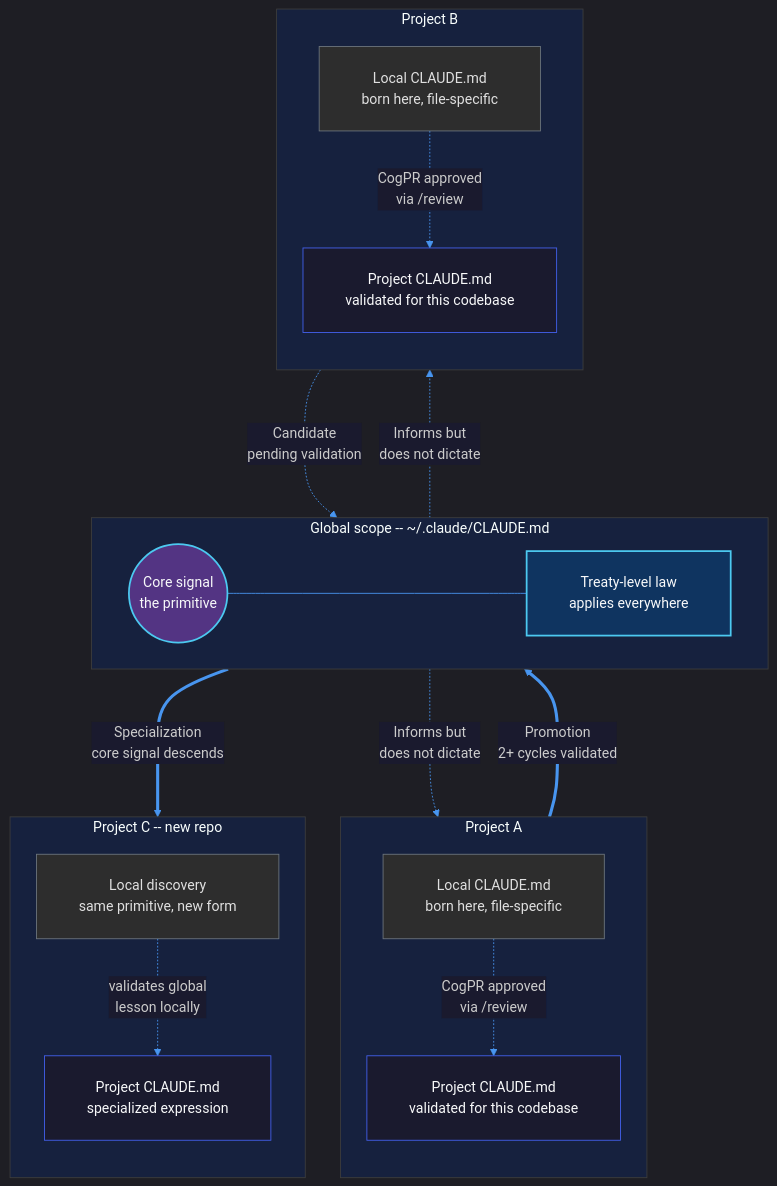
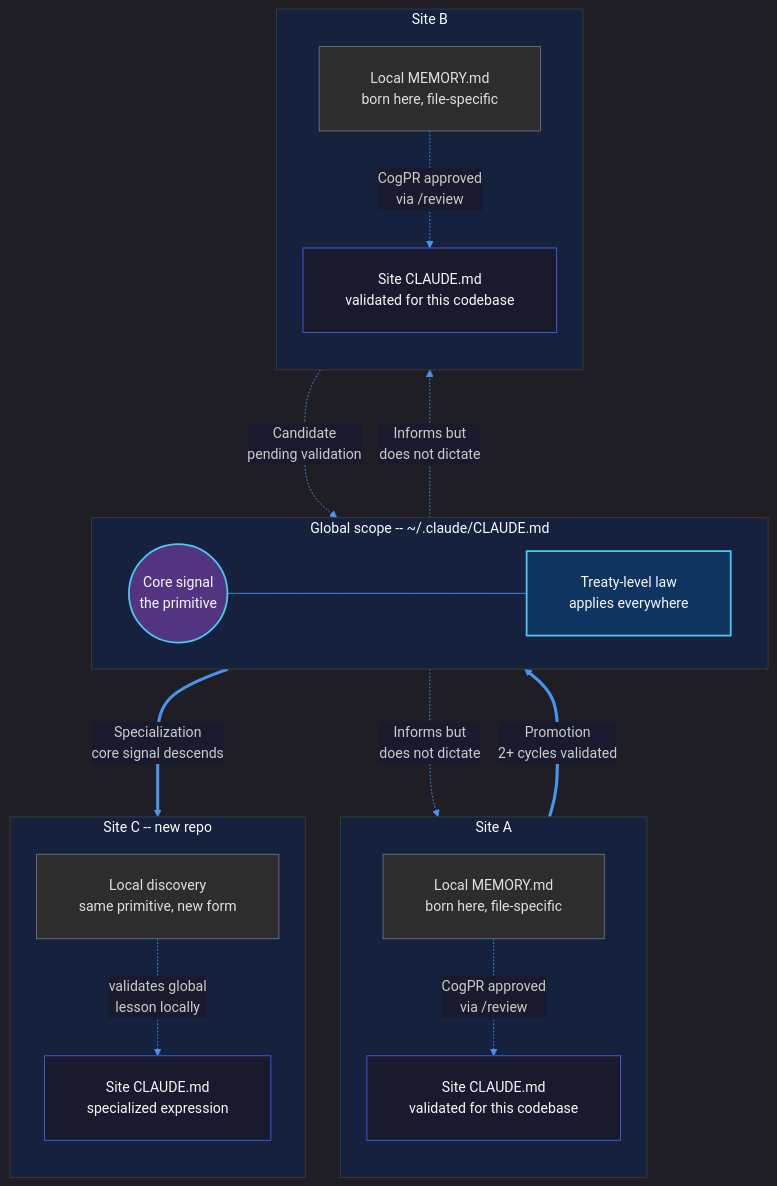
One commit to prompted365/context-grapple-gun changed the second of 3 diagrams in README.md. Above: the diagram before and after it, drawn with Mermaid. The commit also changed other lines of this file and 6 other files, not shown here.

````diff
--- a/README.md
+++ b/README.md
@@ -228,47 +234,47 @@
 ```mermaid
 %%{init: {'theme': 'dark', 'flowchart': {'padding': 24, 'rankSpacing': 60, 'nodeSpacing': 40}, 'themeVariables': {'primaryColor': '#4361ee', 'primaryTextColor': '#f8f9fa', 'primaryBorderColor': '#6c757d', 'lineColor': '#4895ef', 'secondaryColor': '#1a1a2e', 'tertiaryColor': '#16213e', 'edgeLabelBackground': '#1a1a2e', 'clusterBkg': '#16213e', 'clusterBorder': '#3d3d3d'}}}%%
 flowchart TB
     subgraph GLOBAL["Global scope -- ~/.claude/CLAUDE.md"]
         direction LR
         G1(("Core signal<br/>the primitive"))
         G2["Treaty-level law<br/>applies everywhere"]
         G1 ------ G2
     end
 
-    subgraph PROJ_A["Project A"]
+    subgraph SITE_A["Site A"]
         direction TB
-        PA1["Project CLAUDE.md<br/>validated for this codebase"]
-        PA2["Local CLAUDE.md<br/>born here, file-specific"]
+        PA1["Site CLAUDE.md<br/>validated for this codebase"]
+        PA2["Local MEMORY.md<br/>born here, file-specific"]
         PA2 -. "CogPR approved<br/>via /review" .-> PA1
     end
 
-    subgraph PROJ_B["Project B"]
+    subgraph SITE_B["Site B"]
         direction TB
-        PB1["Project CLAUDE.md<br/>validated for this codebase"]
-        PB2["Local CLAUDE.md<br/>born here, file-specific"]
+        PB1["Site CLAUDE.md<br/>validated for this codebase"]
+        PB2["Local MEMORY.md<br/>born here, file-specific"]
         PB2 -. "CogPR approved<br/>via /review" .-> PB1
     end
 
-    subgraph PROJ_C["Project C -- new repo"]
+    subgraph SITE_C["Site C -- new repo"]
         direction TB
-        PC1["Project CLAUDE.md<br/>specialized expression"]
+        PC1["Site CLAUDE.md<br/>specialized expression"]
         PC2["Local discovery<br/>same primitive, new form"]
         PC2 -. "validates global<br/>lesson locally" .-> PC1
     end
 
     PA1 == "Promotion<br/>2+ cycles validated" ===> GLOBAL
     PB1 -. "Candidate<br/>pending validation" ..-> GLOBAL
     GLOBAL == "Specialization<br/>core signal descends" ===> PC1
     GLOBAL -. "Informs but<br/>does not dictate" ..-> PA1
     GLOBAL -. "Informs but<br/>does not dictate" ..-> PB1
 
     classDef global fill:#0f3460,stroke:#4cc9f0,color:#f8f9fa,stroke-width:2px
-    classDef project fill:#1a1a2e,stroke:#4361ee,color:#f8f9fa
+    classDef site fill:#1a1a2e,stroke:#4361ee,color:#f8f9fa
     classDef local fill:#2d2d2d,stroke:#6c757d,color:#e0e0e0
     classDef core fill:#533483,stroke:#4cc9f0,color:#f8f9fa,stroke-width:2px
 
     class G1 core
     class G2 global
-    class PA1,PB1,PC1 project
+    class PA1,PB1,PC1 site
     class PA2,PB2,PC2 local
 ```
````
